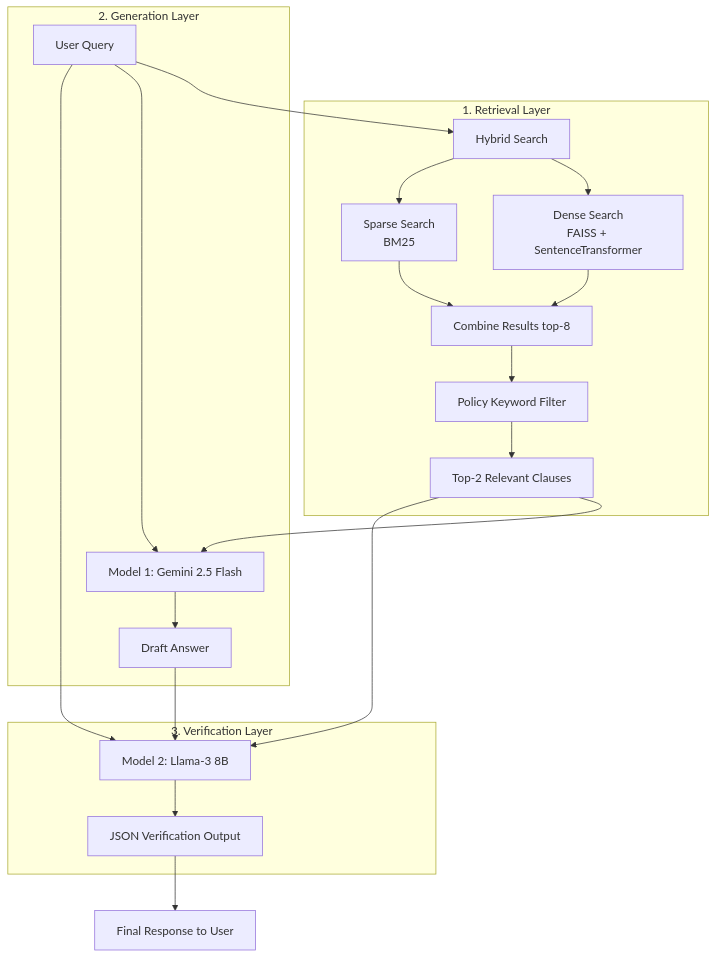
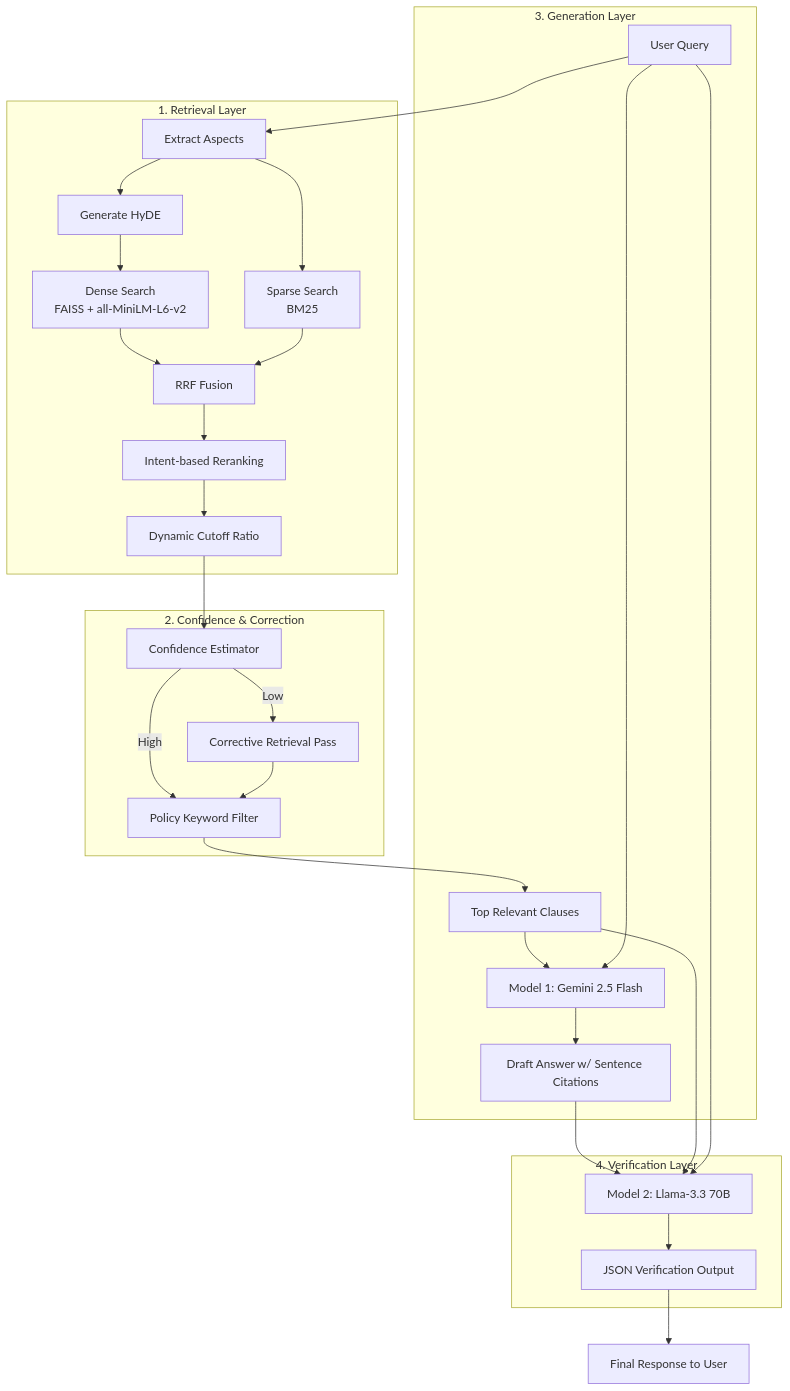
Before and after one commit to MeiyappanKailasam/LIRAG-Policy-BPRE: the diagram in README.md, drawn with Mermaid. The commit also changed other lines of this file and 11 other files, not shown here.

Commit message:
Update LIRAG v2 architecture, tech stack docs and benchmark to 10 queries

````diff
--- a/README.md
+++ b/README.md
@@ -33,33 +54,43 @@
 ```mermaid
 graph TD
     %% Query Phase
-    Q[User Query] --> HS[Hybrid Search]
+    Q[User Query] --> Extract[Extract Aspects]
+    Extract --> HyDE[Generate HyDE]
     
     %% Retrieval Phase
     subgraph 1. Retrieval Layer
-    HS --> Dense[Dense Search<br>FAISS + SentenceTransformer]
-    HS --> Sparse[Sparse Search<br>BM25]
-    Dense --> Union[Combine Results top-8]
-    Sparse --> Union
-    Union --> Filter[Policy Keyword Filter]
-    Filter --> Clauses[Top-2 Relevant Clauses]
+    HyDE --> Dense[Dense Search<br>FAISS + all-MiniLM-L6-v2]
+    Extract --> Sparse[Sparse Search<br>BM25]
+    Dense --> RRF[RRF Fusion]
+    Sparse --> RRF
+    RRF --> Rerank[Intent-based Reranking]
+    Rerank --> DynCutoff[Dynamic Cutoff Ratio]
+    end
+    
+    %% Confidence & Correction
+    subgraph 2. Confidence & Correction
+    DynCutoff --> Conf[Confidence Estimator]
+    Conf -- High --> Filter[Policy Keyword Filter]
+    Conf -- Low --> Corrective[Corrective Retrieval Pass]
+    Corrective --> Filter
     end
     
     %% Generation Phase
-    subgraph 2. Generation Layer
+    subgraph 3. Generation Layer
+    Filter --> Clauses[Top Relevant Clauses]
     Clauses --> Gemini[Model 1: Gemini 2.5 Flash]
     Q --> Gemini
-    Gemini --> DraftAnswer[Draft Answer]
+    Gemini --> DraftAnswer[Draft Answer w/ Sentence Citations]
     end
     
     %% Verification Phase
-    subgraph 3. Verification Layer
-    DraftAnswer --> Llama[Model 2: Llama-3 8B]
+    subgraph 4. Verification Layer
+    DraftAnswer --> Llama[Model 2: Llama-3.3 70B]
     Clauses --> Llama
     Q --> Llama
     Llama --> JSON[JSON Verification Output]
     end
     
     %% Output
     JSON --> Final[Final Response to User]
 ```
````
